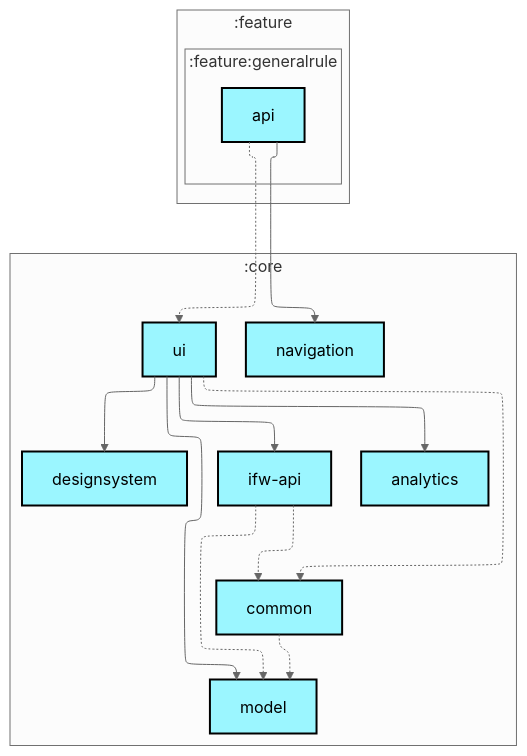
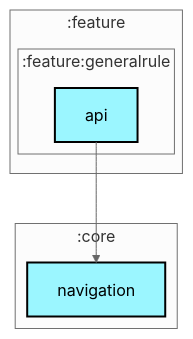
One commit to lihenggui/blocker changed the first of 2 diagrams in feature/generalrule/api/README.md. Above: the diagram before and after it, drawn with Mermaid (neutral theme). The commit also changed 29 other files, not shown here.

First line of the commit message:
Update module dependency graphs after boundary cleanup

````diff
--- a/feature/generalrule/api/README.md
+++ b/feature/generalrule/api/README.md
@@ -6,44 +6,29 @@
 ```mermaid
 ---
 config:
   layout: elk
   elk:
     nodePlacementStrategy: SIMPLE
 ---
 graph TB
   subgraph :feature
     direction TB
     subgraph :feature:generalrule
       direction TB
       :feature:generalrule:api[api]:::android-library
     end
   end
   subgraph :core
     direction TB
-    :core:analytics[analytics]:::android-library
-    :core:common[common]:::android-library
-    :core:designsystem[designsystem]:::android-library
-    :core:ifw-api[ifw-api]:::android-library
-    :core:model[model]:::android-library
     :core:navigation[navigation]:::android-library
-    :core:ui[ui]:::android-library
   end
 
-  :core:common -.-> :core:model
-  :core:ifw-api -.-> :core:common
-  :core:ifw-api -.-> :core:model
-  :core:ui --> :core:analytics
-  :core:ui -.-> :core:common
-  :core:ui --> :core:designsystem
-  :core:ui --> :core:ifw-api
-  :core:ui --> :core:model
   :feature:generalrule:api --> :core:navigation
-  :feature:generalrule:api -.-> :core:ui
 
 classDef android-application fill:#CAFFBF,stroke:#000,stroke-width:2px,color:#000;
 classDef android-feature fill:#FFD6A5,stroke:#000,stroke-width:2px,color:#000;
 classDef android-library fill:#9BF6FF,stroke:#000,stroke-width:2px,color:#000;
 classDef android-test fill:#A0C4FF,stroke:#000,stroke-width:2px,color:#000;
 classDef jvm-library fill:#BDB2FF,stroke:#000,stroke-width:2px,color:#000;
 classDef unknown fill:#FFADAD,stroke:#000,stroke-width:2px,color:#000;
 ```
````
